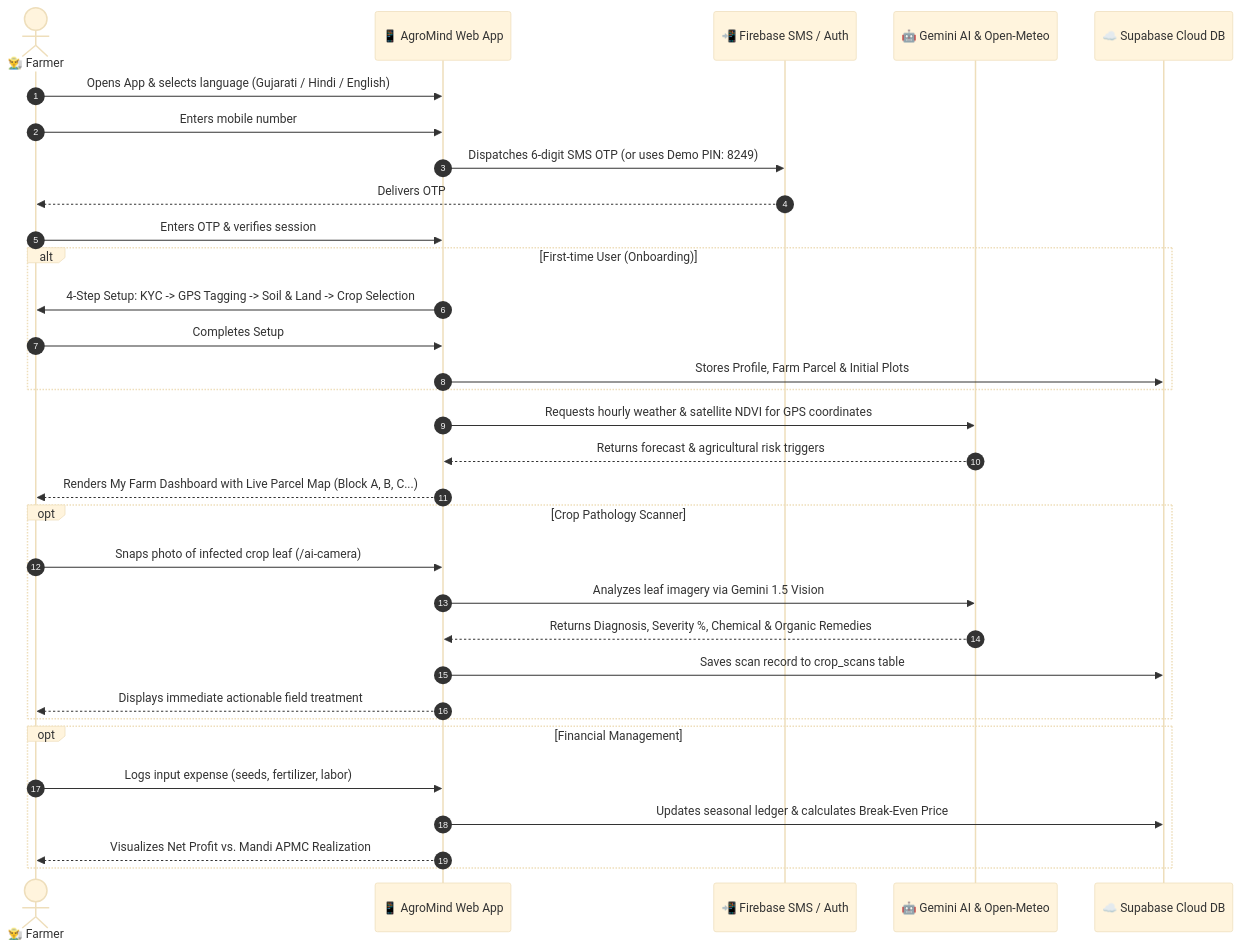
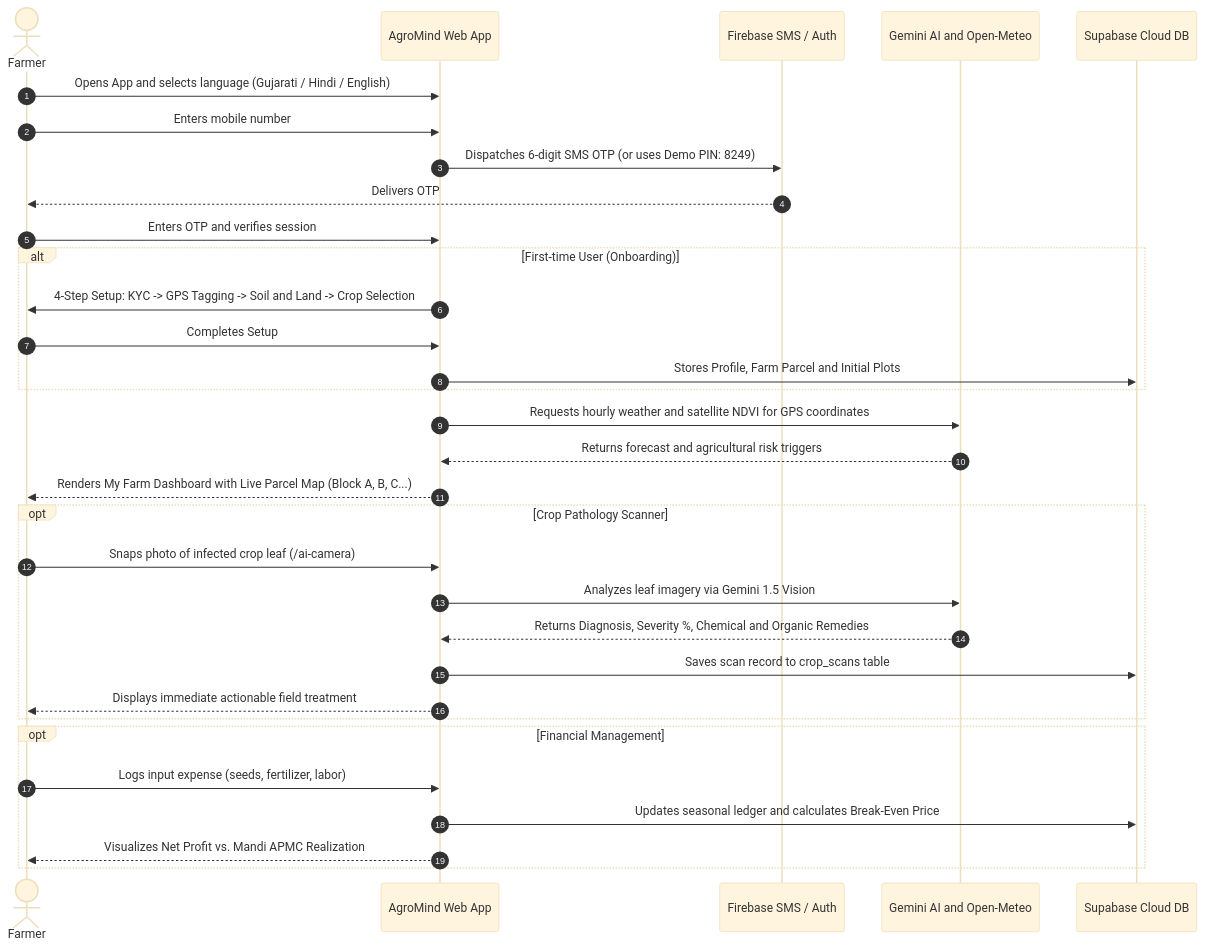
Before and after one commit to Xcoder-69/HACKFORGE: the fourth of 4 diagrams in README.md, drawn with Mermaid (base theme). The commit also changed other lines of this file and 3 other files, not shown here.

````diff
--- a/README.md
+++ b/README.md
@@ -148,39 +148,39 @@
 ```mermaid
 sequenceDiagram
     autonumber
-    actor Farmer as 👨‍🌾 Farmer
-    participant App as 📱 AgroMind Web App
-    participant Phone as 📲 Firebase SMS / Auth
-    participant AI as 🤖 Gemini AI & Open-Meteo
-    participant DB as ☁️ Supabase Cloud DB
+    actor Farmer as Farmer
+    participant App as AgroMind Web App
+    participant Phone as Firebase SMS / Auth
+    participant AI as Gemini AI and Open-Meteo
+    participant DB as Supabase Cloud DB
 
-    Farmer->>App: Opens App & selects language (Gujarati / Hindi / English)
+    Farmer->>App: Opens App and selects language (Gujarati / Hindi / English)
     Farmer->>App: Enters mobile number
     App->>Phone: Dispatches 6-digit SMS OTP (or uses Demo PIN: 8249)
     Phone-->>Farmer: Delivers OTP
-    Farmer->>App: Enters OTP & verifies session
+    Farmer->>App: Enters OTP and verifies session
     
     alt First-time User (Onboarding)
-        App->>Farmer: 4-Step Setup: KYC -> GPS Tagging -> Soil & Land -> Crop Selection
+        App->>Farmer: 4-Step Setup: KYC -> GPS Tagging -> Soil and Land -> Crop Selection
         Farmer->>App: Completes Setup
-        App->>DB: Stores Profile, Farm Parcel & Initial Plots
+        App->>DB: Stores Profile, Farm Parcel and Initial Plots
     end
 
-    App->>AI: Requests hourly weather & satellite NDVI for GPS coordinates
-    AI-->>App: Returns forecast & agricultural risk triggers
+    App->>AI: Requests hourly weather and satellite NDVI for GPS coordinates
+    AI-->>App: Returns forecast and agricultural risk triggers
     App-->>Farmer: Renders My Farm Dashboard with Live Parcel Map (Block A, B, C...)
 
     opt Crop Pathology Scanner
         Farmer->>App: Snaps photo of infected crop leaf (/ai-camera)
         App->>AI: Analyzes leaf imagery via Gemini 1.5 Vision
-        AI-->>App: Returns Diagnosis, Severity %, Chemical & Organic Remedies
+        AI-->>App: Returns Diagnosis, Severity %, Chemical and Organic Remedies
         App->>DB: Saves scan record to crop_scans table
         App-->>Farmer: Displays immediate actionable field treatment
     end
 
     opt Financial Management
         Farmer->>App: Logs input expense (seeds, fertilizer, labor)
-        App->>DB: Updates seasonal ledger & calculates Break-Even Price
+        App->>DB: Updates seasonal ledger and calculates Break-Even Price
         App-->>Farmer: Visualizes Net Profit vs. Mandi APMC Realization
     end
 ```
````
